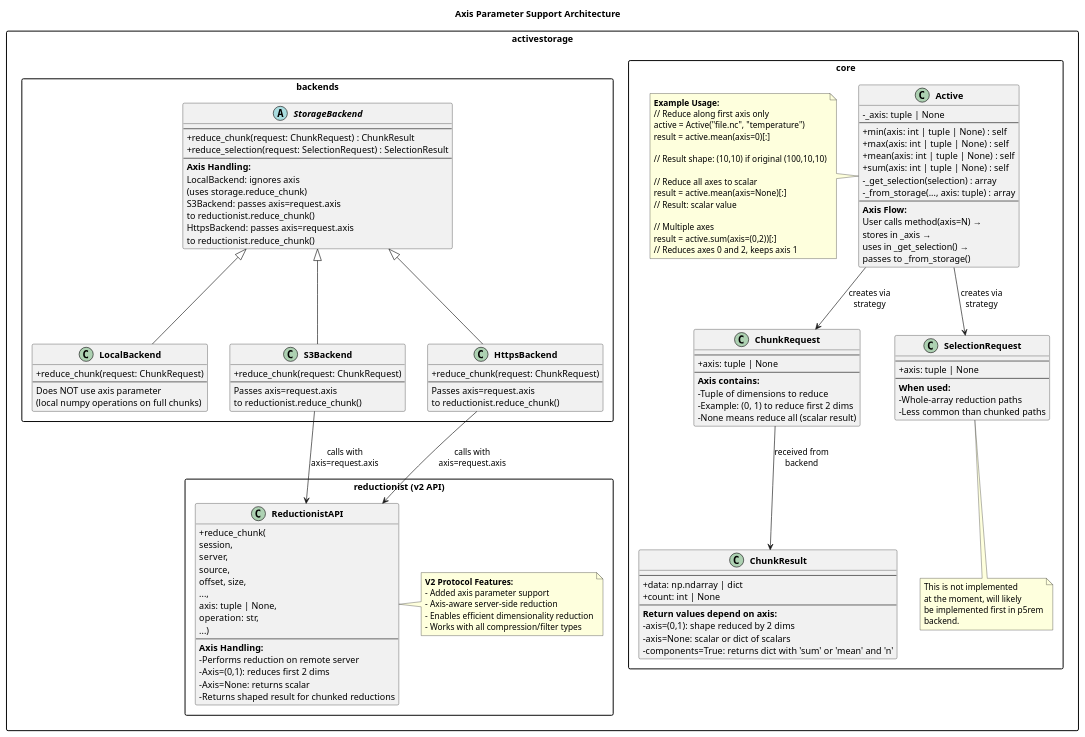
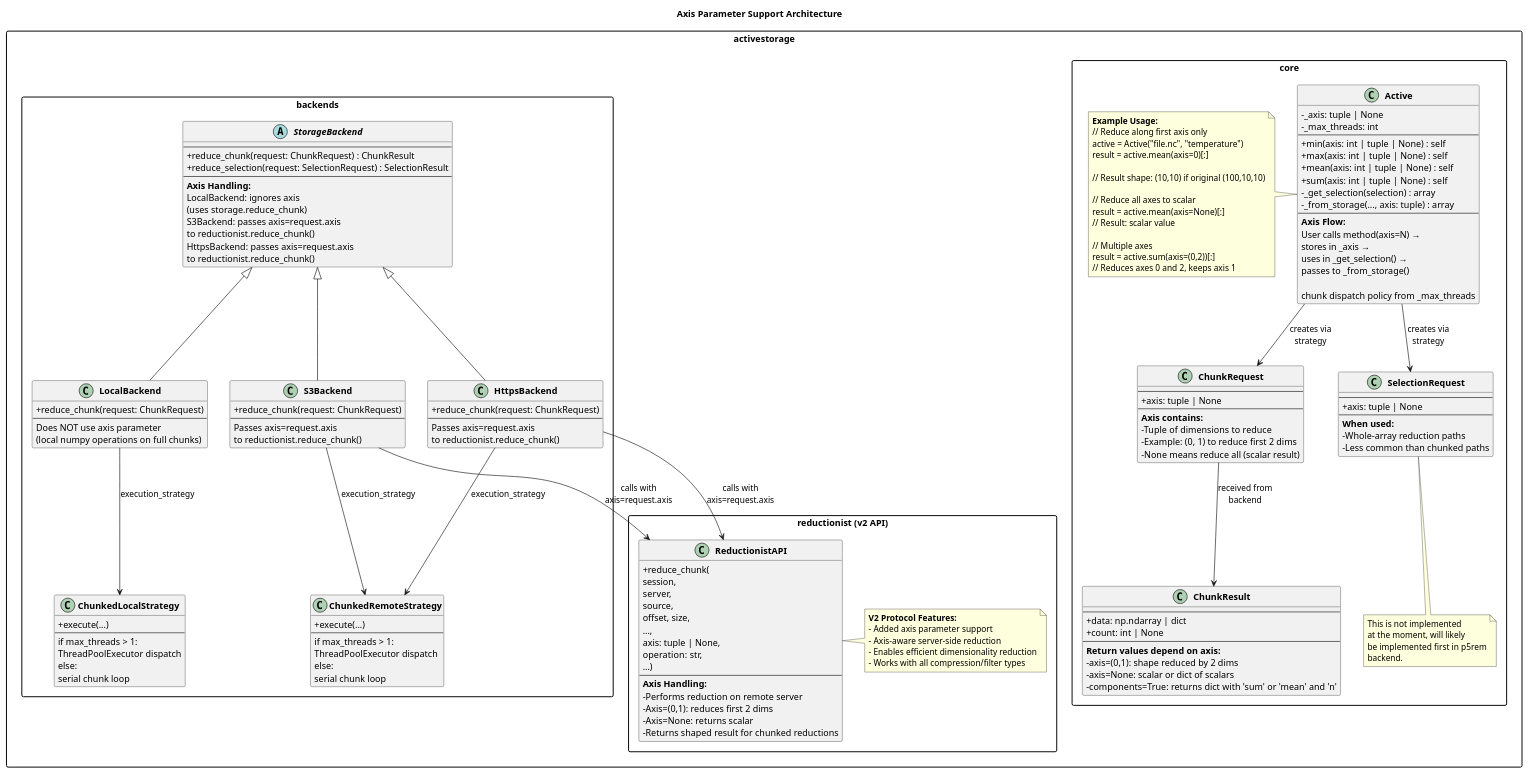
One commit to NCAS-CMS/PyActiveStorage changed the diagram in docs4understanding/axis_support_architecture_v1.puml. Above: the diagram before and after it, drawn with PlantUML. The commit also changed 4 other files, not shown here.

```diff
--- a/docs4understanding/axis_support_architecture_v1.puml
+++ b/docs4understanding/axis_support_architecture_v1.puml
@@ -1,167 +1,186 @@
 @startuml axis_support_v1
 
 title "Axis Parameter Support Architecture"
 
 skinparam classAttributeIconSize 0
 skinparam classFontStyle bold
 skinparam packageStyle rectangle
 
 package "activestorage.core" {
 
     class Active {
         - _axis: tuple | None
+        - _max_threads: int
         --
         + min(axis: int | tuple | None) : self
         + max(axis: int | tuple | None) : self
         + mean(axis: int | tuple | None) : self
         + sum(axis: int | tuple | None) : self
         - _get_selection(selection) : array
         - _from_storage(..., axis: tuple) : array
         --
         **Axis Flow:**
         User calls method(axis=N) →
         stores in _axis →
         uses in _get_selection() →
-        passes to _from_storage()
+        passes to _from_storage()\n
+        chunk dispatch policy from _max_threads
     }
 
     class ChunkRequest {
         --
         + axis: tuple | None
         --
         **Axis contains:**
         - Tuple of dimensions to reduce
         - Example: (0, 1) to reduce first 2 dims
         - None means reduce all (scalar result)
     }
 
     class SelectionRequest {
         --
         + axis: tuple | None
         --
         **When used:**
         - Whole-array reduction paths
         - Less common than chunked paths
     }
 
     class ChunkResult {
         --
         + data: np.ndarray | dict
         + count: int | None
         --
         **Return values depend on axis:**
         - axis=(0,1): shape reduced by 2 dims
         - axis=None: scalar or dict of scalars
         - components=True: returns dict with 'sum' or 'mean' and 'n'
     }
 
     Active --> ChunkRequest : creates via\nstrategy
     Active --> SelectionRequest : creates via\nstrategy
     ChunkRequest --> ChunkResult : received from\nbackend
 
 note left of Active
   **Example Usage:**
   // Reduce along first axis only
   active = Active("file.nc", "temperature")
   result = active.mean(axis=0)[:]
   
   // Result shape: (10,10) if original (100,10,10)
   
   // Reduce all axes to scalar
   result = active.mean(axis=None)[:]
   // Result: scalar value
   
   // Multiple axes
   result = active.sum(axis=(0,2))[:] 
   // Reduces axes 0 and 2, keeps axis 1
 end note
 
 note bottom of SelectionRequest
 This is not implemented
 at the moment, will likely
 be implemented first in p5rem
 backend.
 end note
 
 }
 
 package "activestorage.backends" {
 
     abstract class StorageBackend {
         --
         + reduce_chunk(request: ChunkRequest) : ChunkResult
         + reduce_selection(request: SelectionRequest) : SelectionResult
         --
         **Axis Handling:**
         LocalBackend: ignores axis
                       (uses storage.reduce_chunk)
         S3Backend: passes axis=request.axis
                    to reductionist.reduce_chunk()
         HttpsBackend: passes axis=request.axis
                       to reductionist.reduce_chunk()
     }
 
+    class ChunkedLocalStrategy {
+        + execute(...)
+        --
+        if max_threads > 1:\nThreadPoolExecutor dispatch
+        else:\nserial chunk loop
+    }
+
+    class ChunkedRemoteStrategy {
+        + execute(...)
+        --
+        if max_threads > 1:\nThreadPoolExecutor dispatch
+        else:\nserial chunk loop
+    }
+
     class LocalBackend {
         + reduce_chunk(request: ChunkRequest)
         --
         Does NOT use axis parameter
         (local numpy operations on full chunks)
     }
 
     class S3Backend {
         + reduce_chunk(request: ChunkRequest)
         --
         Passes axis=request.axis
         to reductionist.reduce_chunk()
     }
 
     class HttpsBackend {
         + reduce_chunk(request: ChunkRequest)
         --
         Passes axis=request.axis
         to reductionist.reduce_chunk()
     }
 
 
     StorageBackend <|-- LocalBackend
     StorageBackend <|-- S3Backend
     StorageBackend <|-- HttpsBackend
+    LocalBackend --> ChunkedLocalStrategy : execution_strategy
+    S3Backend --> ChunkedRemoteStrategy : execution_strategy
+    HttpsBackend --> ChunkedRemoteStrategy : execution_strategy
 
 }
 
 package "activestorage.reductionist (v2 API)" {
 
     class ReductionistAPI {
         + reduce_chunk(
             session,
             server,
             source,
             offset, size,
             ...,
             axis: tuple | None,
             operation: str,
             ...)
         --
         **Axis Handling:**
         - Performs reduction on remote server
         - Axis=(0,1): reduces first 2 dims
         - Axis=None: returns scalar
         - Returns shaped result for chunked reductions
     }
 
     note right of ReductionistAPI
       **V2 Protocol Features:**
       - Added axis parameter support
       - Axis-aware server-side reduction
       - Enables efficient dimensionality reduction
       - Works with all compression/filter types
     end note
 }
 
 S3Backend --> ReductionistAPI : calls with\naxis=request.axis
 HttpsBackend --> ReductionistAPI : calls with\naxis=request.axis
 
 
 
 
 @enduml
```
